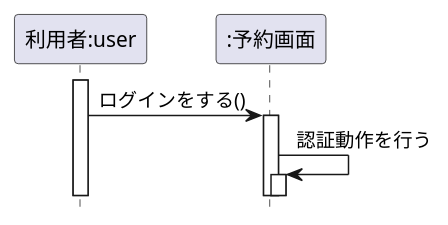
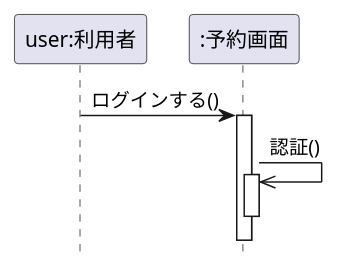
Before and after one commit to Skypeace8585/uml-introduction: the diagram in 演習4-2_SD_利用者と予約画面.pu, drawn with PlantUML. The commit also changed 1 other file, not shown here.

```diff
--- a/演習4-2_SD_利用者と予約画面.pu
+++ b/演習4-2_SD_利用者と予約画面.pu
@@ -1,13 +1,10 @@
 @startuml
 hide footbox
-
-participant "利用者:user" as user
-participant ":予約画面" as window
-
-
-activate user
-user -> window : ログインをする()
-activate window
-window -> window : 認証動作を行う
-activate window
+participant "user:利用者" as user
+participant ":予約画面" as boundary
+user -> boundary :ログインする()
+activate boundary
+    boundary ->> boundary : 認証()
+    activate boundary
+deactivate boundary
 @enduml
```
